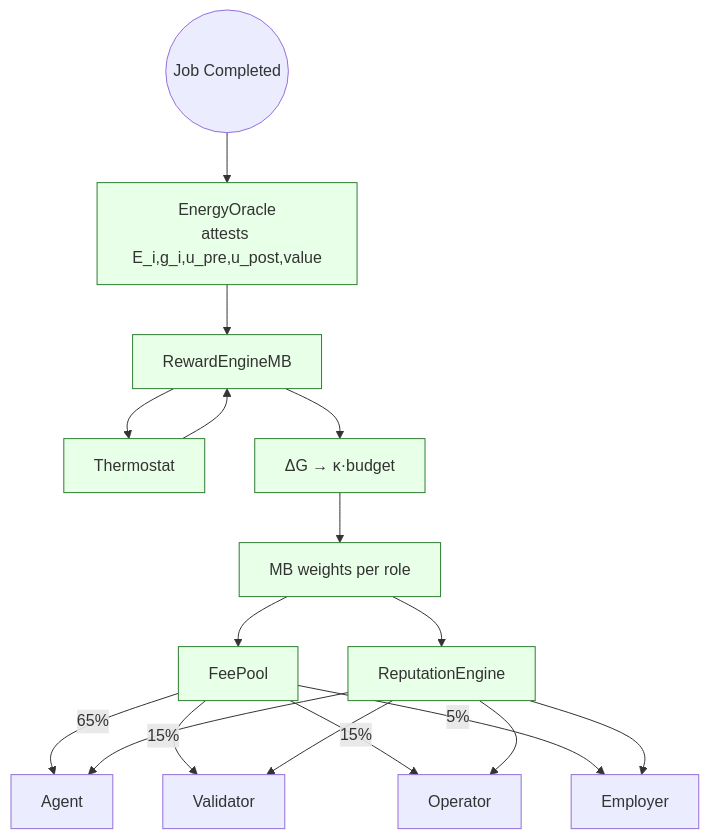
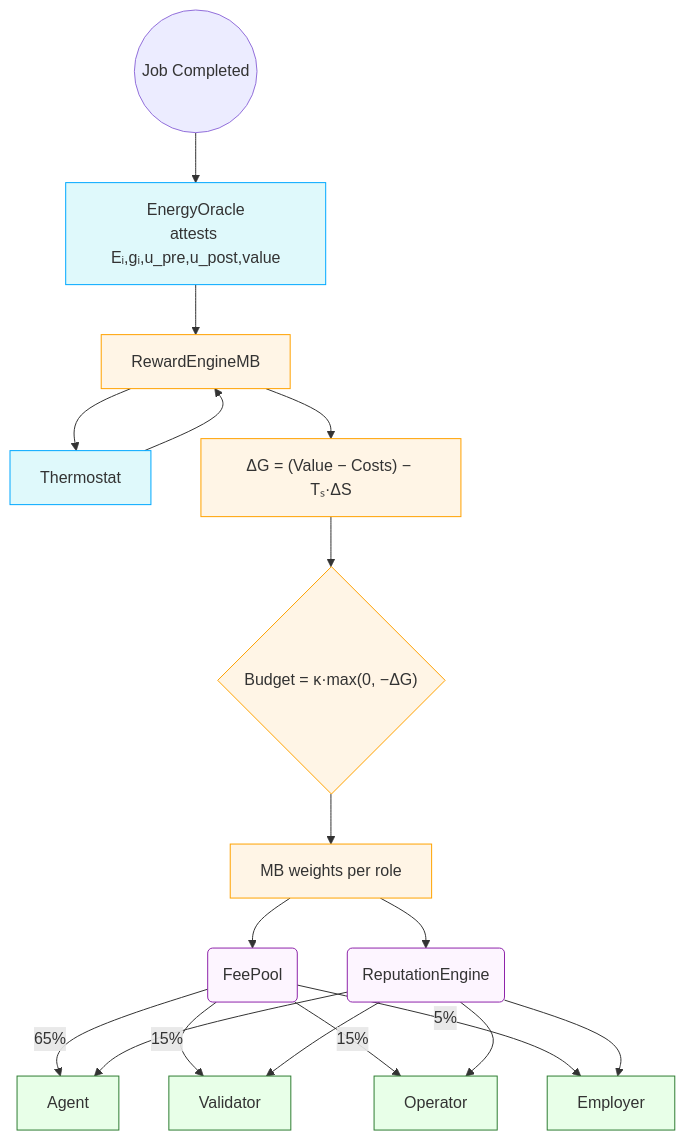
The first of 2 diagrams in docs/reward-settlement-process.md (MontrealAI/AGIJobsv0), drawn with Mermaid before and after one commit. The commit also changed other lines of this file and 2 other files, not shown here.

Commit message:
docs: enrich reward settlement diagrams

````diff
--- a/docs/reward-settlement-process.md
+++ b/docs/reward-settlement-process.md
@@ -7,21 +7,33 @@
 ```mermaid
 flowchart TD
-    Start((Job Completed)) --> Oracle["EnergyOracle\nattests E_i,g_i,u_pre,u_post,value"]
-    Oracle --> Engine[RewardEngineMB]
-    Engine --> Thermostat
-    Thermostat --> Engine
-    Engine --> Budget["ΔG → κ·budget"]
-    Budget --> Weights["MB weights per role"]
-    Weights --> FeePool
-    Weights --> ReputationEngine
-    FeePool -->|65%| Agent
-    FeePool -->|15%| Validator
-    FeePool -->|15%| Operator
-    FeePool -->|5%| Employer
-    ReputationEngine --> Agent
-    ReputationEngine --> Validator
-    ReputationEngine --> Operator
-    ReputationEngine --> Employer
-    classDef core fill:#e8ffe8,stroke:#2e7d32,stroke-width:1px;
-    class Engine,Thermostat,Oracle,FeePool,ReputationEngine,Budget,Weights core;
+    %% Job completion flows through energy oracle and thermostat into MB rewards
+
+    classDef sensor fill:#dff9fb,stroke:#00a8ff,stroke-width:1px;
+    classDef calc fill:#fff5e6,stroke:#ffa200,stroke-width:1px;
+    classDef dist fill:#fdf5ff,stroke:#8e24aa,stroke-width:1px;
+    classDef rep fill:#e8ffe8,stroke:#2e7d32,stroke-width:1px;
+
+    Start((Job Completed)) --> EO["EnergyOracle\nattests Eᵢ,gᵢ,u_pre,u_post,value"]:::sensor
+    EO --> EN[RewardEngineMB]:::calc
+    EN --> TH[Thermostat]:::sensor
+    TH --> EN
+    EN --> G["ΔG = (Value − Costs) − Tₛ·ΔS"]:::calc
+    G --> B{"Budget = κ·max(0, −ΔG)"}:::calc
+    B --> MB["MB weights per role"]:::calc
+    MB --> FP(FeePool):::dist
+    MB --> REP(ReputationEngine):::dist
+    FP -->|65%| Agent
+    FP -->|15%| Validator
+    FP -->|15%| Operator
+    FP -->|5%| Employer
+    REP --> Agent
+    REP --> Validator
+    REP --> Operator
+    REP --> Employer
+
+    class EO sensor;
+    class TH sensor;
+    class EN,G,B,MB calc;
+    class FP,REP dist;
+    class Agent,Validator,Operator,Employer rep;
 ```
````
